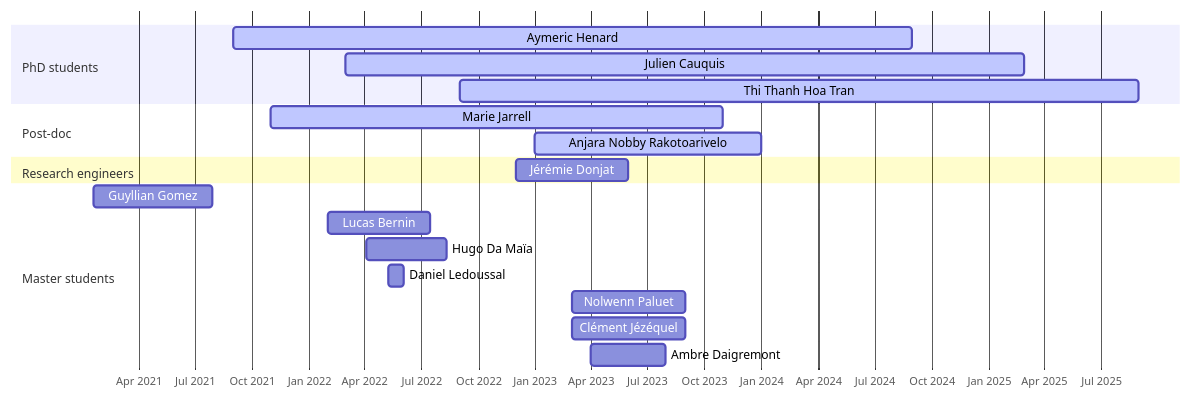
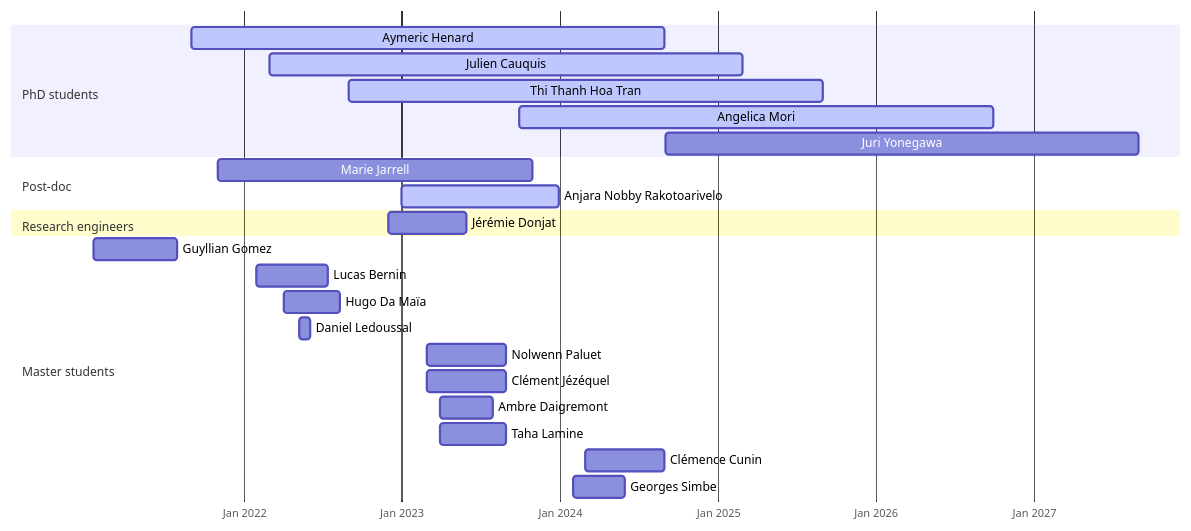
One commit to EPeillard/academic-website changed the diagram in content/resume/supervision.md. Above: the diagram before and after it, drawn with Mermaid. The commit also changed 2 other files, not shown here.

Commit message:
phd and internship update

```diff
--- a/content/resume/supervision.md
+++ b/content/resume/supervision.md
@@ -14,24 +14,29 @@
 {{< mermaid >}}
   gantt
     dateFormat  YYYY-MM-DD
     axisFormat  %b %Y
     todayMarker off
 
     section PhD students
         Aymeric Henard   : active, aHenard, 2021-09-01, 2024-08-31
         Julien Cauquis   : active, 2022-03-01, 2025-02-28
         Thi Thanh Hoa Tran : active, 2022-09-01, 2025-08-31
+        Angelica Mori : active, 2023-10-01, 2026-09-30
+        Juri Yonegawa : 2024-09-01, 2027-08-31
     section Post-doc
-        Marie Jarrell   : active, 2021-11-01, 2023-10-31
+        Marie Jarrell   : 2021-11-01, 2023-10-31
         Anjara Nobby Rakotoarivelo  : active, 2023-01-01, 2023-12-31
     section Research engineers
         Jérémie Donjat  : 2022-12-01, 2023-05-31
     section Master students
         Guyllian Gomez: 2021-01-19, 2021-07-30
         Lucas Bernin: 2022-01-31, 2022-07-15
         Hugo Da Maïa: 2022-04-04, 2022-08-12
         Daniel Ledoussal: 2022-05-09, 2022-06-03
         Nolwenn Paluet: 2023-03-01, 2023-08-31
         Clément Jézéquel: 2023-03-01, 2023-08-31
         Ambre Daigremont: 2023-04-01, 2023-07-31
+        Taha Lamine: 2023-04-01, 2023-08-31
+        Clémence Cunin: 2024-03-01, 2024-08-31
+        Georges Simbe: 2024-02-01, 2024-05-31
 {{< /mermaid >}}
```
